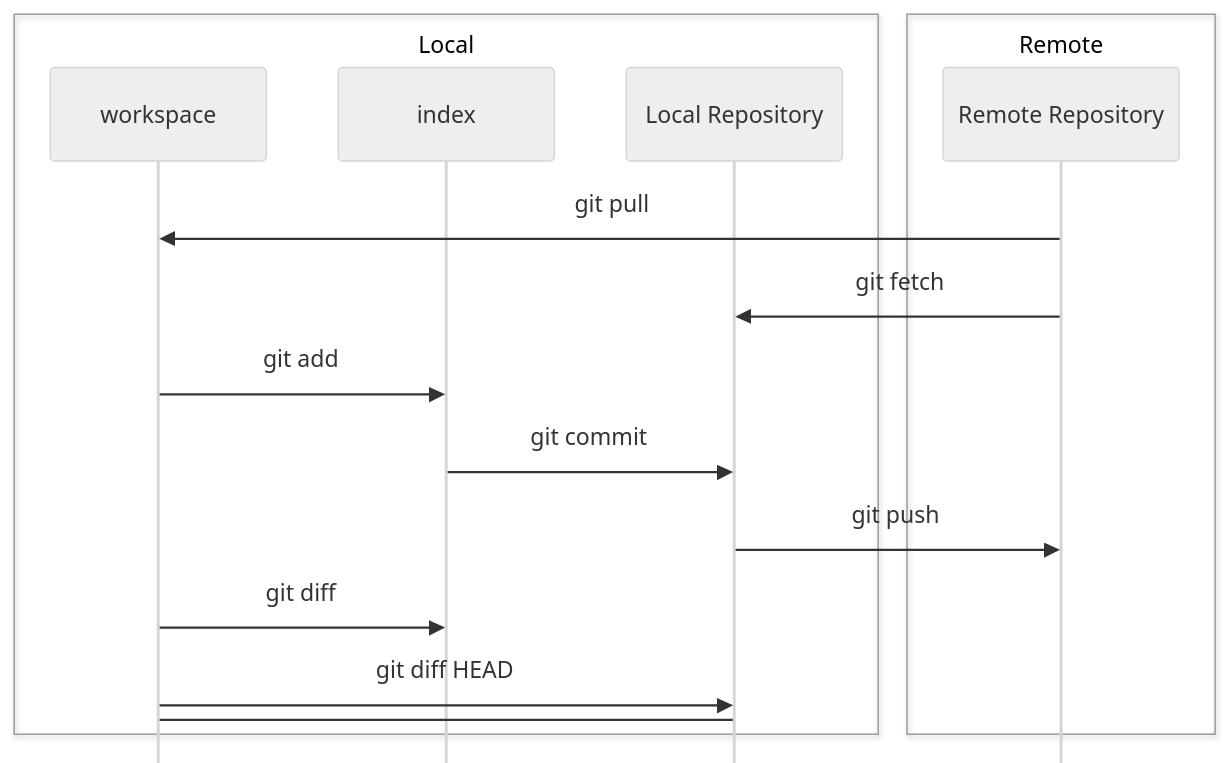
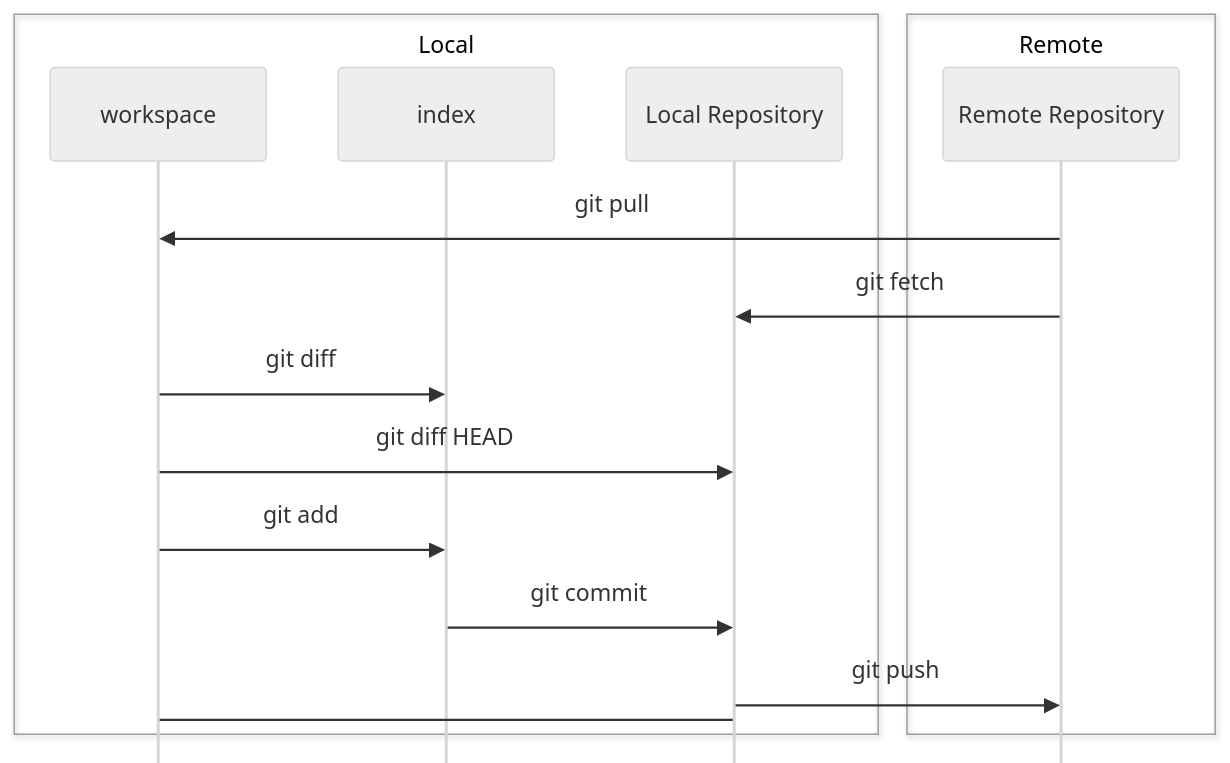
The diagram in introduction_to_git.qmd (TheDataLabScotland/tdl-academy-git-intro), drawn with Mermaid before and after one commit.

Commit message:
change order of commands to reflect the usual order i would execute the commands

````diff
--- a/introduction_to_git.qmd
+++ b/introduction_to_git.qmd
@@ -25,28 +25,28 @@
 ```{mermaid}
 sequenceDiagram
   box Local
   participant workspace
   participant index
   participant localRepo as Local Repository
   end
   box Remote
   participant remoteRepo as Remote Repository
   end
 
   remoteRepo->>workspace: git pull
   remoteRepo->>localRepo: git fetch
+  workspace->>index: git diff
+  workspace->>localRepo: git diff HEAD
   workspace->>index: git add
   index->>localRepo: git commit
   localRepo->>remoteRepo: git push
-  workspace->>index: git diff
-  workspace->>localRepo: git diff HEAD
-  workspace->localRepo: 
+  workspace->localRepo:
 
 
   %%{init:{'theme':'neutral', 'themeCSS':'.messageLine0:nth-of-type(1) { stroke: #ff6614; stroke-width: 5px; }.messageLine0:nth-of-type(2) { stroke: #ffab24; stroke-width: 5px; }.messageLine0:nth-of-type(3) { stroke: #22a7d4; stroke-width: 5px; }.messageLine0:nth-of-type(4) { stroke: #23ad94; stroke-width: 5px; }.messageLine0:nth-of-type(5) { stroke: #8aa825; stroke-width: 5px; }.messageLine0:nth-of-type(6) { stroke: brown; stroke-width: 5px; }.messageLine0:nth-of-type(7) { stroke: #8c3ab5; stroke-width: 5px; }.messageLine0:nth-of-type(8) { stroke: #999999; stroke-width: 2px; }.messageText:nth-of-type(1) { fill: black; font-size: 20px !important; font-weight: bold; }.messageText:nth-of-type(2) { fill: black; font-size: 20px !important; font-weight: bold; }.messageText:nth-of-type(3) { fill: black; font-size: 20px !important; font-weight: bold; }.messageText:nth-of-type(4) { fill: black; font-size: 20px !important; font-weight: bold; }.messageText:nth-of-type(5) { fill: black; font-size: 20px !important; font-weight: bold; }.messageText:nth-of-type(6) { fill: black; font-size: 20px !important; font-weight: bold; }.messageText:nth-of-type(7) { fill: black; font-size: 20px !important; font-weight: bold; } #arrowhead path {stroke-width: 4px;}.actor rect { font-size: 40px !important; }'}}%%
   %%{init: { 'sequence': {'mirrorActors':false} } }%%
 
 %% annoyingly I can't figure out a way to increase text size of the words: workspace, index, local repo and remote repo
 
 
 ```
````
